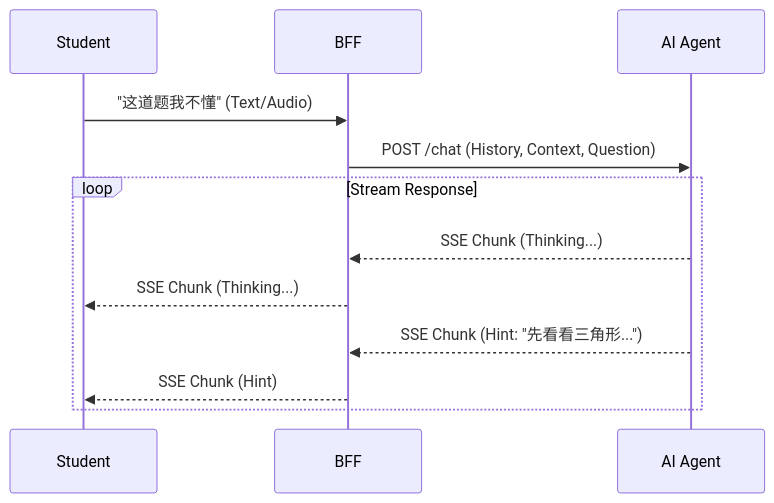
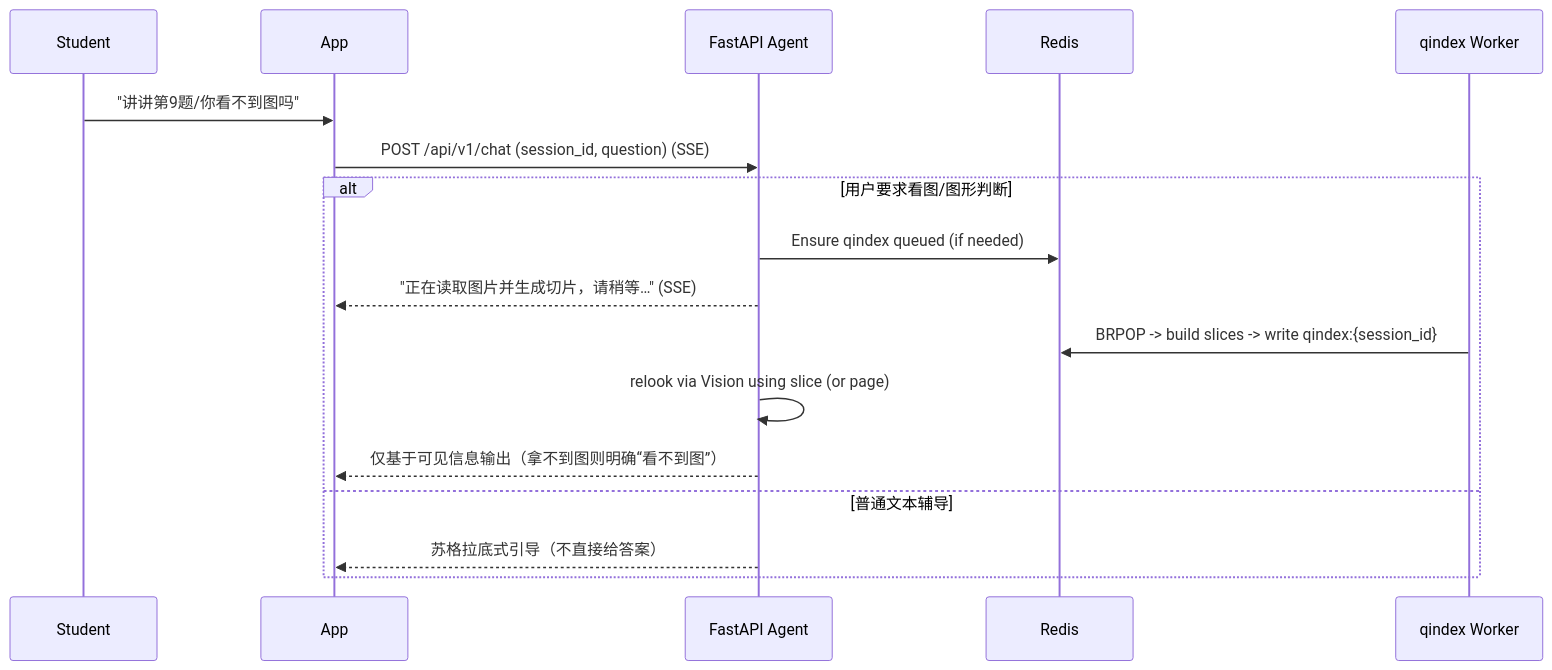
The third of 3 diagrams in system_architecture.md (frank28mm/noteacher), drawn with Mermaid before and after one commit. The commit also changed other lines of this file and 47 other files, not shown here.

````diff
--- a/system_architecture.md
+++ b/system_architecture.md
@@ -99,16 +89,21 @@
 ```mermaid
 sequenceDiagram
     participant Student
-    participant NestJS as BFF
-    participant Python as AI Agent
+    participant App
+    participant API as FastAPI Agent
+    participant Redis as Redis
+    participant Worker as qindex Worker
 
-    Student->>NestJS: "这道题我不懂" (Text/Audio)
-    NestJS->>Python: POST /chat (History, Context, Question)
-    
-    loop Stream Response
-        Python-->>NestJS: SSE Chunk (Thinking...)
-        NestJS-->>Student: SSE Chunk (Thinking...)
-        Python-->>NestJS: SSE Chunk (Hint: "先看看三角形...")
-        NestJS-->>Student: SSE Chunk (Hint)
+    Student->>App: "讲讲第9题/你看不到图吗"
+    App->>API: POST /api/v1/chat (session_id, question)  (SSE)
+
+    alt 用户要求看图/图形判断
+        API->>Redis: Ensure qindex queued (if needed)
+        API-->>App: "正在读取图片并生成切片，请稍等…" (SSE)
+        Worker->>Redis: BRPOP -> build slices -> write qindex:{session_id}
+        API->>API: relook via Vision using slice (or page)
+        API-->>App: 仅基于可见信息输出（拿不到图则明确“看不到图”）
+    else 普通文本辅导
+        API-->>App: 苏格拉底式引导（不直接给答案）
     end
 ```
````
